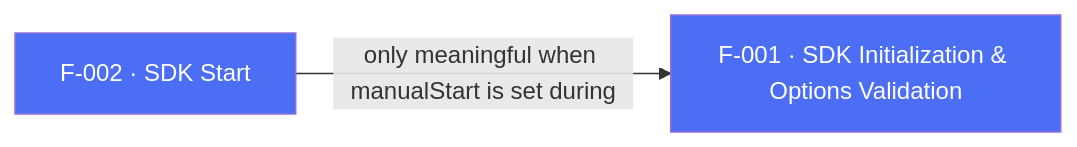
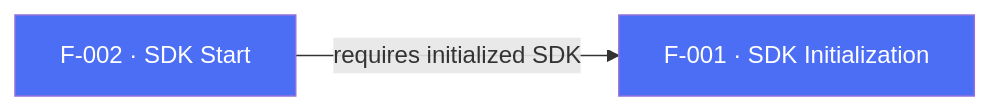
Before and after one commit to AppsFlyerSDK/appsflyer-flutter-plugin: the diagram in internal-docs/features/F-002-sdk-start.md, drawn with Mermaid. The commit also changed other lines of this file and 199 other files, not shown here.

````diff
--- a/internal-docs/features/F-002-sdk-start.md
+++ b/internal-docs/features/F-002-sdk-start.md
@@ -75,5 +95,5 @@
 ```mermaid
 flowchart LR
-    F002["F-002 · SDK Start"]:::sdkCore -->|"only meaningful when manualStart is set during"| F001["F-001 · SDK Initialization & Options Validation"]:::sdkCore
+    F002["F-002 · SDK Start"]:::sdkCore -->|"requires initialized SDK"| F001["F-001 · SDK Initialization"]:::sdkCore
     classDef sdkCore fill:#4C6EF5,color:#fff
 ```
````
